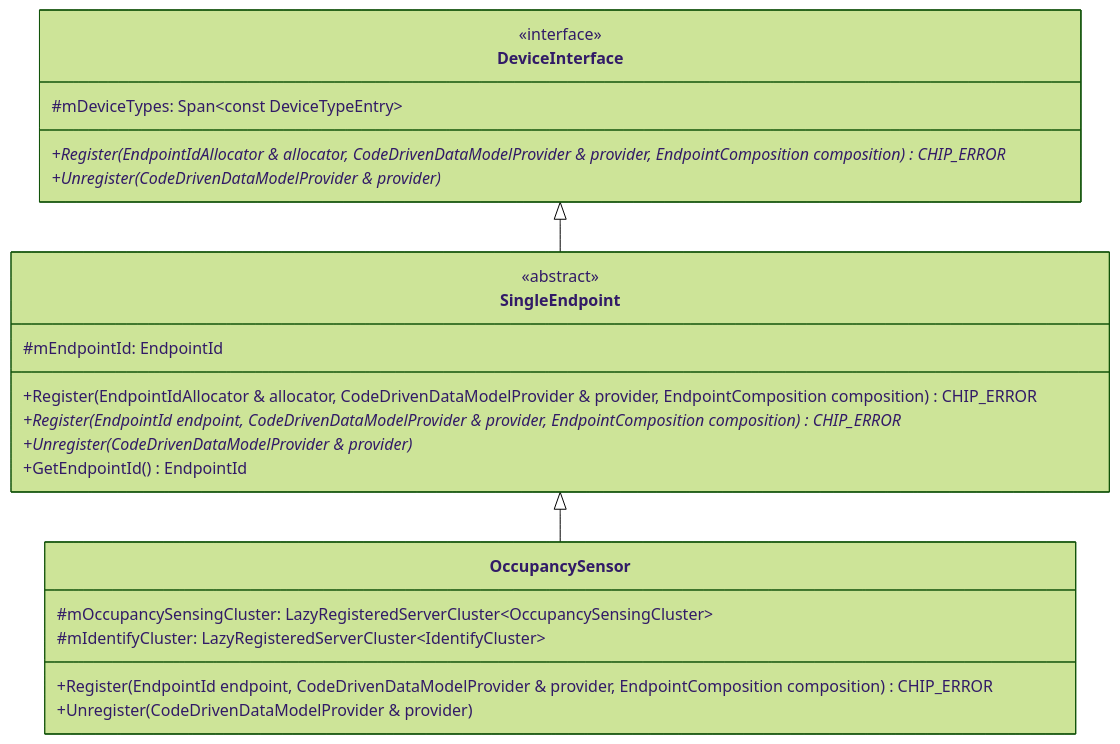
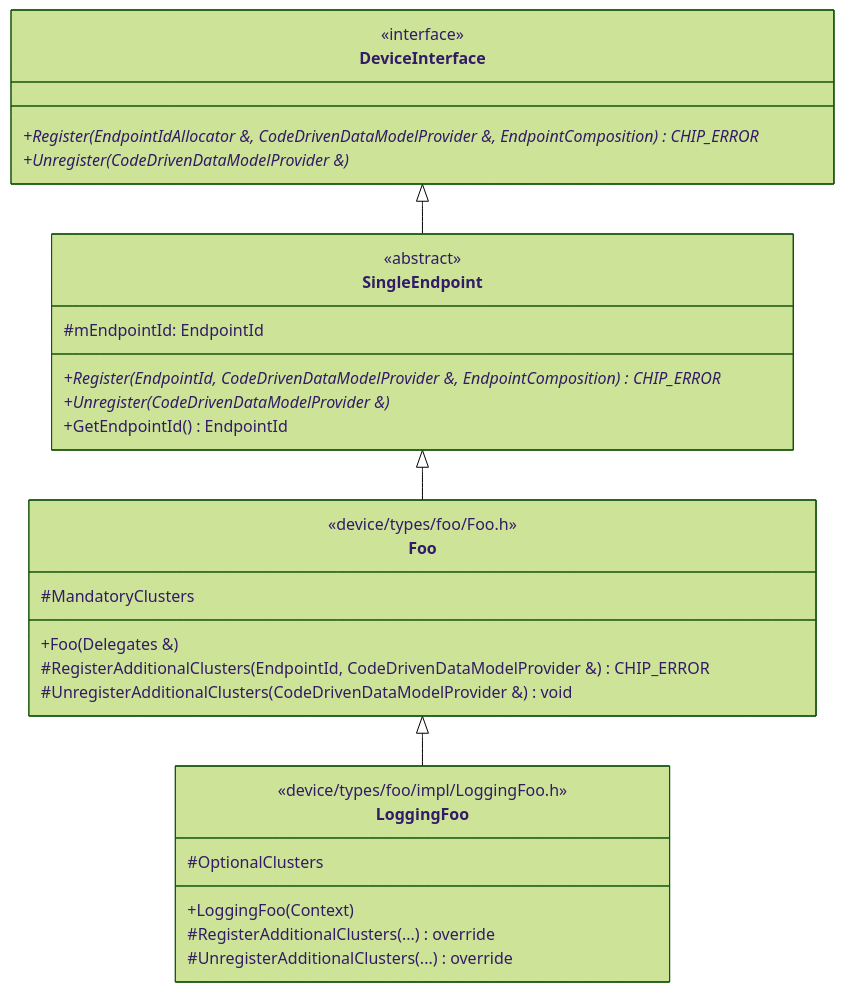
The second of 4 diagrams in examples/all-devices-app/docs/architecture.md (project-chip/connectedhomeip), drawn with Mermaid (forest theme) before and after one commit. The commit also changed other lines of this file and 54 other files, not shown here.

First line of the commit message:
[all-devices-app] Inherit simulated devices from leaf device types (#74278)

````diff
--- a/examples/all-devices-app/docs/architecture.md
+++ b/examples/all-devices-app/docs/architecture.md
@@ -86,28 +89,36 @@
 ```mermaid
 classDiagram
     class DeviceInterface {
         <<interface>>
-        #mDeviceTypes: Span~const DeviceTypeEntry~
-        +Register(EndpointIdAllocator & allocator, CodeDrivenDataModelProvider & provider, EndpointComposition composition)* CHIP_ERROR
-        +Unregister(CodeDrivenDataModelProvider & provider)*
+        +Register(EndpointIdAllocator &, CodeDrivenDataModelProvider &, EndpointComposition)* CHIP_ERROR
+        +Unregister(CodeDrivenDataModelProvider &)*
     }
 
     class SingleEndpoint {
         <<abstract>>
         #mEndpointId: EndpointId
-        +Register(EndpointIdAllocator & allocator, CodeDrivenDataModelProvider & provider, EndpointComposition composition) CHIP_ERROR
-        +Register(EndpointId endpoint, CodeDrivenDataModelProvider & provider, EndpointComposition composition)* CHIP_ERROR
-        +Unregister(CodeDrivenDataModelProvider & provider)*
+        +Register(EndpointId, CodeDrivenDataModelProvider &, EndpointComposition)* CHIP_ERROR
+        +Unregister(CodeDrivenDataModelProvider &)*
         +GetEndpointId() EndpointId
     }
 
-    class OccupancySensor {
-        #mOccupancySensingCluster: LazyRegisteredServerCluster~OccupancySensingCluster~
-        #mIdentifyCluster: LazyRegisteredServerCluster~IdentifyCluster~
-        +Register(EndpointId endpoint, CodeDrivenDataModelProvider & provider, EndpointComposition composition) CHIP_ERROR
-        +Unregister(CodeDrivenDataModelProvider & provider)
+    class Foo {
+        <<device/types/foo/Foo.h>>
+        #MandatoryClusters
+        +Foo(Delegates &)
+        #RegisterAdditionalClusters(EndpointId, CodeDrivenDataModelProvider &) CHIP_ERROR
+        #UnregisterAdditionalClusters(CodeDrivenDataModelProvider &) void
+    }
+
+    class LoggingFoo {
+        <<device/types/foo/impl/LoggingFoo.h>>
+        #OptionalClusters
+        +LoggingFoo(Context)
+        #RegisterAdditionalClusters(...) override
+        #UnregisterAdditionalClusters(...) override
     }
 
     DeviceInterface <|-- SingleEndpoint
-    SingleEndpoint <|-- OccupancySensor
+    SingleEndpoint <|-- Foo
+    Foo <|-- LoggingFoo
 ```
````
